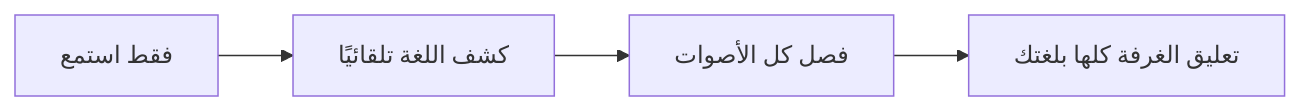
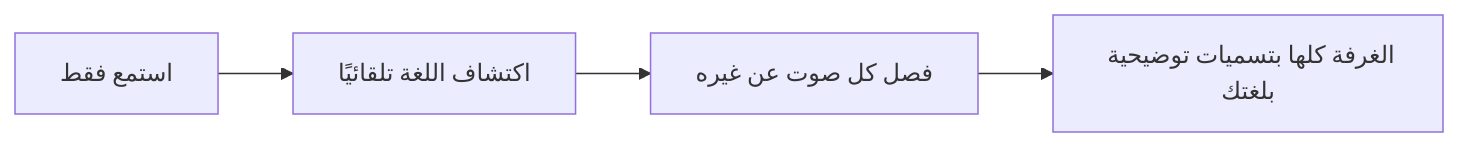
Before and after one commit to rpalm01-star/VigilantEarLegal: the first of 4 diagrams in README_ar.md, drawn with Mermaid. The commit also changed other lines of this file and 29 other files, not shown here.

````diff
--- a/README_ar.md
+++ b/README_ar.md
@@ -62,4 +65,4 @@
 ```mermaid
 graph LR
-    A["فقط استمع"] --> B["كشف اللغة تلقائيًا"] --> C["فصل كل الأصوات"] --> D["تعليق الغرفة كلها بلغتك"]
+    A["استمع فقط"] --> B["اكتشاف اللغة تلقائيًا"] --> C["فصل كل صوت عن غيره"] --> D["الغرفة كلها بتسميات توضيحية بلغتك"]
 ```
````
